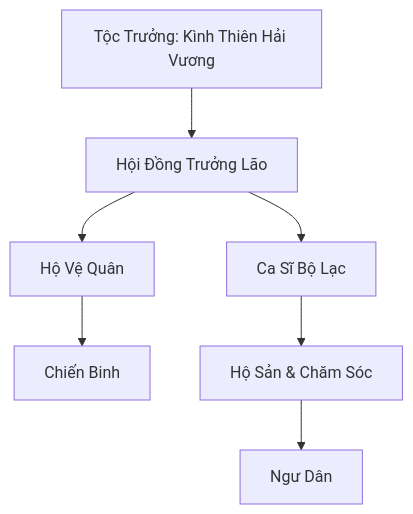
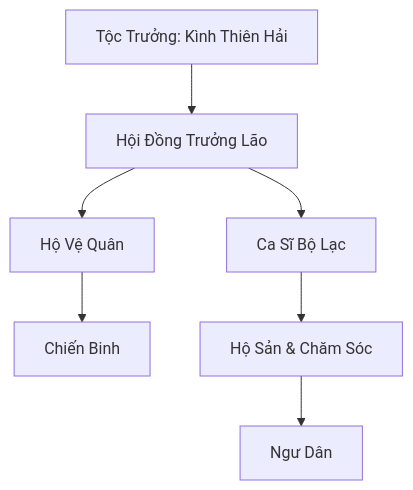
Before and after one commit to Sampi314/Obsidian_Novel_v2: the first of 2 diagrams in Đạo/Thế_Lực/Vô_Tận_Hải/Kình_Ngư_Bộ_Lạc.md, drawn with Mermaid. The commit also changed other lines of this file and 105 other files, not shown here.

Commit message:
refactor: rename 15 Hải Tộc + Vi Tộc characters — remove Vương titles, fix duplicate

````diff
--- a/Đạo/Thế_Lực/Vô_Tận_Hải/Kình_Ngư_Bộ_Lạc.md
+++ b/Đạo/Thế_Lực/Vô_Tận_Hải/Kình_Ngư_Bộ_Lạc.md
@@ -77,9 +77,9 @@
 ```mermaid
 graph TD
-    TT[Tộc Trưởng: Kình Thiên Hải Vương] --> TL[Hội Đồng Trưởng Lão]
+    TT[Tộc Trưởng: Kình Thiên Hải] --> TL[Hội Đồng Trưởng Lão]
     TL --> HVQ[Hộ Vệ Quân]
     TL --> CS[Ca Sĩ Bộ Lạc]
     HVQ --> CB[Chiến Binh]
     CS --> HS[Hộ Sản & Chăm Sóc]
     HS --> ND[Ngư Dân]
 ```
````
